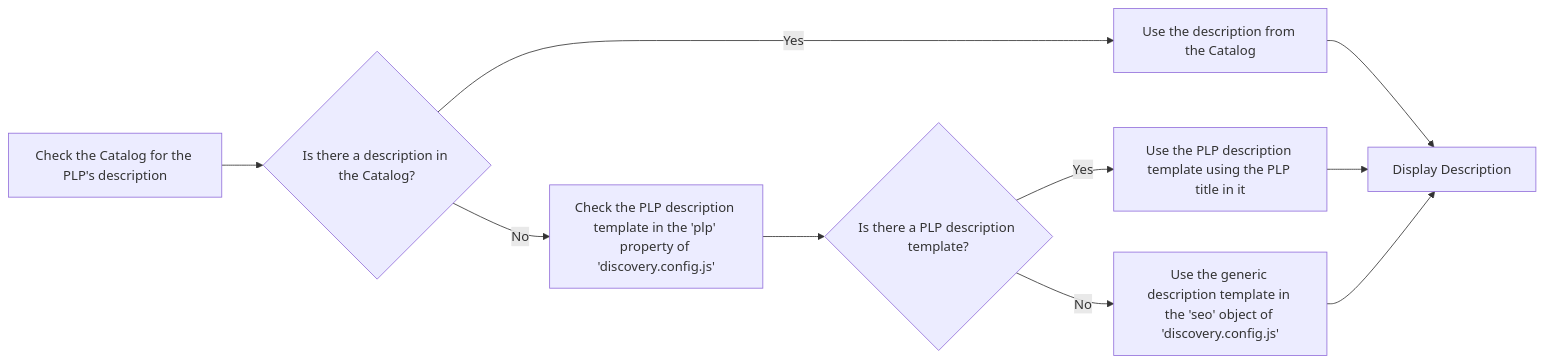
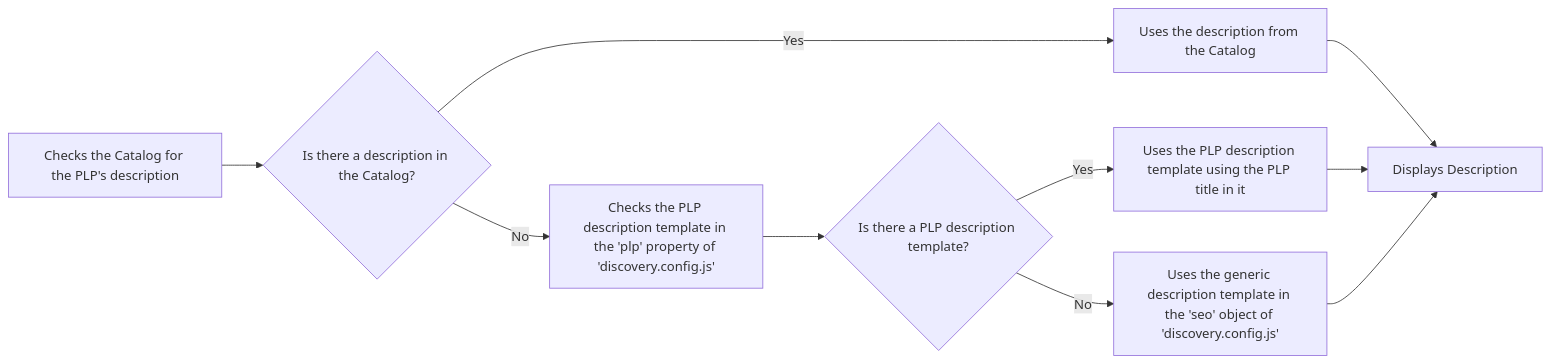
The third of 3 diagrams in docs/faststore/docs/managing-performance/managing-lazy-loading-sections-on-plp.mdx (vtexdocs/dev-portal-content), drawn with Mermaid before and after one commit. The commit also changed other lines of this file, not shown here.

````diff
--- a/docs/faststore/docs/managing-performance/managing-lazy-loading-sections-on-plp.mdx
+++ b/docs/faststore/docs/managing-performance/managing-lazy-loading-sections-on-plp.mdx
@@ -50,12 +50,12 @@
 ```mermaid
 graph LR
-A[Check the Catalog for the PLP's description] --> B{Is there a description in the Catalog?};
-B -- Yes --> C[Use the description from the Catalog];
-B -- No --> D[Check the PLP description template in the 'plp' property of 'discovery.config.js'];
+A[Checks the Catalog for the PLP's description] --> B{Is there a description in the Catalog?};
+B -- Yes --> C[Uses the description from the Catalog];
+B -- No --> D[Checks the PLP description template in the 'plp' property of 'discovery.config.js'];
 D --> E{Is there a PLP description template?};
-E -- Yes --> F[Use the PLP description template using the PLP title in it];
-E -- No --> G[Use the generic description template in the 'seo' object of 'discovery.config.js'];
-C --> H[Display Description];
+E -- Yes --> F[Uses the PLP description template using the PLP title in it];
+E -- No --> G[Uses the generic description template in the 'seo' object of 'discovery.config.js'];
+C --> H[Displays Description];
 F --> H;
 G --> H;
 ```
````
